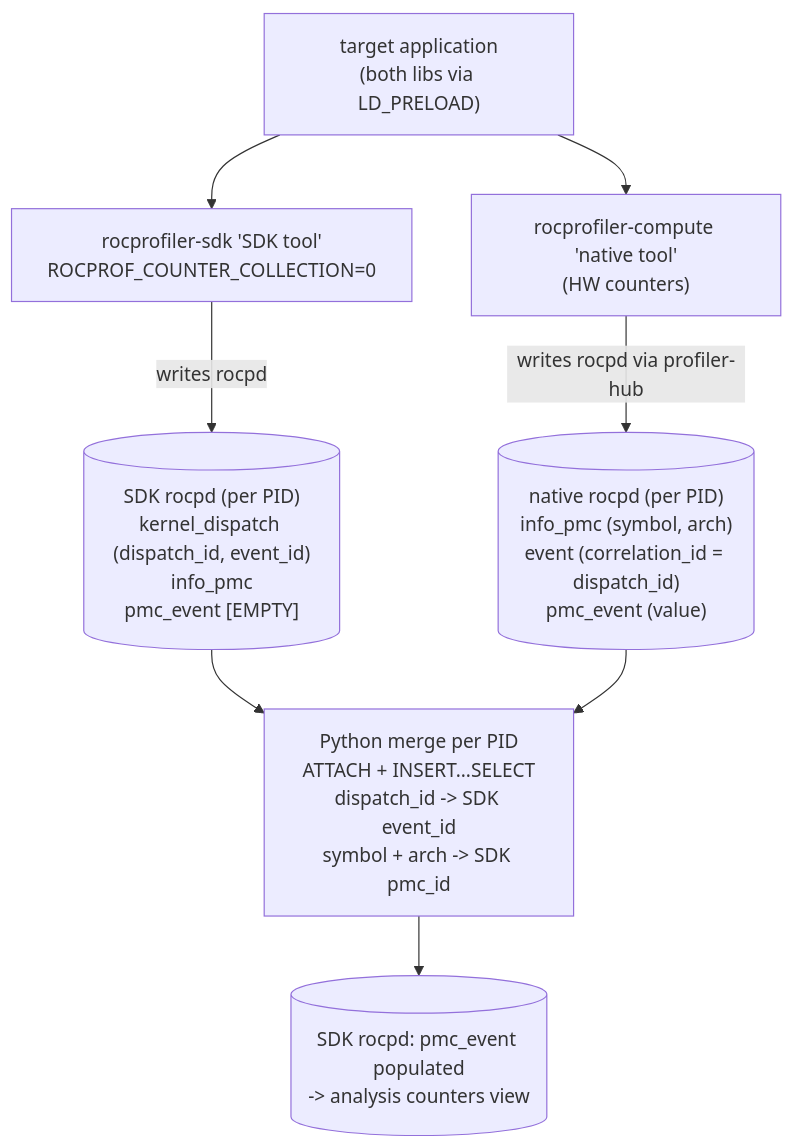
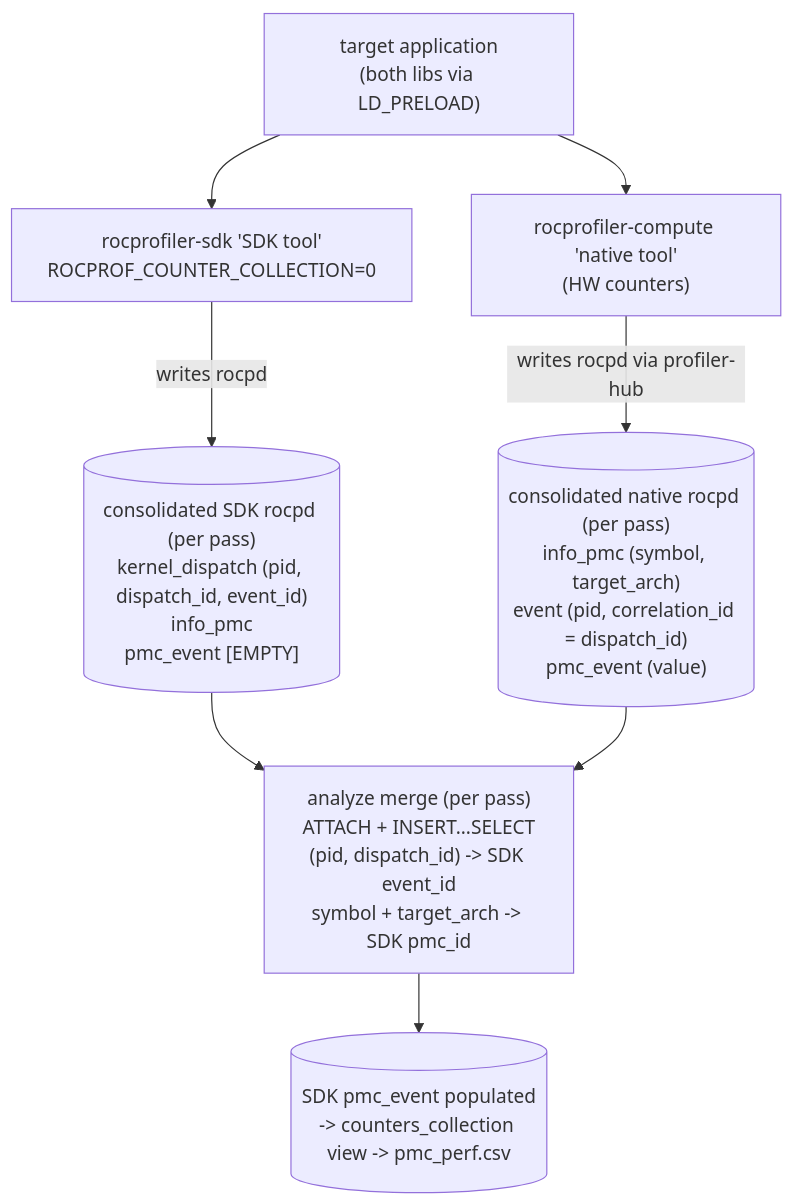
Before and after one commit to ROCm/rocm-systems: the diagram in projects/rocprofiler-compute/docs/design/profiler-hub-integration.md, drawn with Mermaid. The commit also changed other lines of this file, not shown here.

First line of the commit message:
[rocprofiler-compute] Move native-tool rocpd merge to analyze mode

````diff
--- a/projects/rocprofiler-compute/docs/design/profiler-hub-integration.md
+++ b/projects/rocprofiler-compute/docs/design/profiler-hub-integration.md
@@ -28,14 +34,14 @@
 ```mermaid
 flowchart TD
     App["target application<br/>(both libs via LD_PRELOAD)"]
     App --> SDK["rocprofiler-sdk 'SDK tool'<br/>ROCPROF_COUNTER_COLLECTION=0"]
     App --> NAT["rocprofiler-compute 'native tool'<br/>(HW counters)"]
 
-    SDK -->|writes rocpd| SDKDB[("SDK rocpd (per PID)<br/>kernel_dispatch (dispatch_id, event_id)<br/>info_pmc<br/>pmc_event [EMPTY]")]
-    NAT -->|writes rocpd via profiler-hub| NATDB[("native rocpd (per PID)<br/>info_pmc (symbol, arch)<br/>event (correlation_id = dispatch_id)<br/>pmc_event (value)")]
+    SDK -->|writes rocpd| SDKDB[("consolidated SDK rocpd (per pass)<br/>kernel_dispatch (pid, dispatch_id, event_id)<br/>info_pmc<br/>pmc_event [EMPTY]")]
+    NAT -->|writes rocpd via profiler-hub| NATDB[("consolidated native rocpd (per pass)<br/>info_pmc (symbol, target_arch)<br/>event (pid, correlation_id = dispatch_id)<br/>pmc_event (value)")]
 
-    SDKDB --> MERGE["Python merge per PID<br/>ATTACH + INSERT...SELECT<br/>dispatch_id -> SDK event_id<br/>symbol + arch -> SDK pmc_id"]
+    SDKDB --> MERGE["analyze merge (per pass)<br/>ATTACH + INSERT...SELECT<br/>(pid, dispatch_id) -> SDK event_id<br/>symbol + target_arch -> SDK pmc_id"]
     NATDB --> MERGE
 
-    MERGE --> OUT[("SDK rocpd: pmc_event populated<br/>-> analysis counters view")]
+    MERGE --> OUT[("SDK pmc_event populated<br/>-> counters_collection view -> pmc_perf.csv")]
 ```
````
